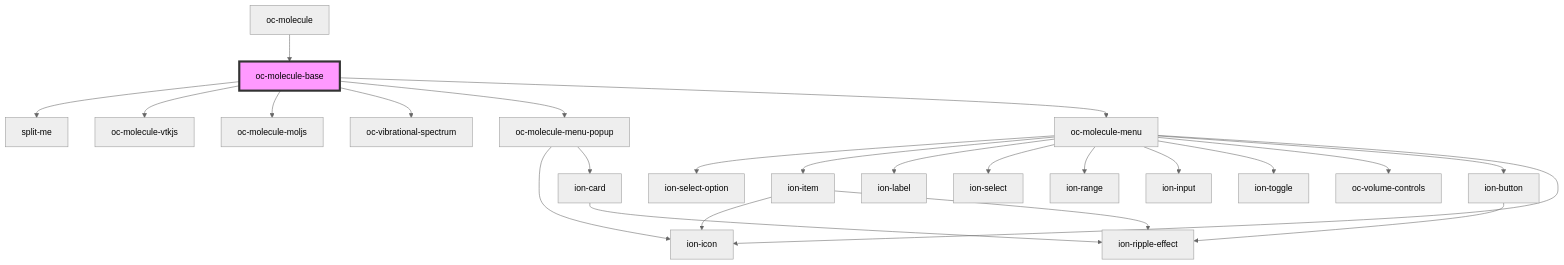
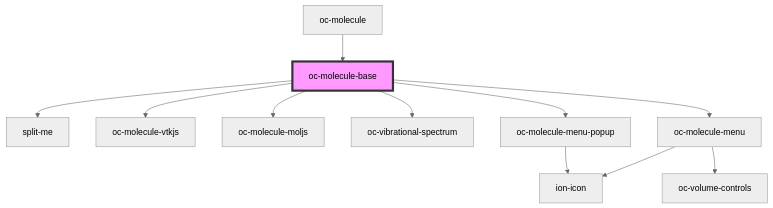
Before and after one commit to OpenChemistry/oc-web-components: the diagram in packages/molecule/src/components/molecule/readme.md, drawn with Mermaid (neutral theme). The commit also changed 17 other files, not shown here.

````diff
--- a/packages/molecule/src/components/molecule/readme.md
+++ b/packages/molecule/src/components/molecule/readme.md
@@ -78,27 +78,14 @@
 ```mermaid
 graph TD;
   oc-molecule-base --> split-me
   oc-molecule-base --> oc-molecule-vtkjs
   oc-molecule-base --> oc-molecule-moljs
   oc-molecule-base --> oc-vibrational-spectrum
   oc-molecule-base --> oc-molecule-menu-popup
   oc-molecule-base --> oc-molecule-menu
   oc-molecule-menu-popup --> ion-icon
-  oc-molecule-menu-popup --> ion-card
-  ion-card --> ion-ripple-effect
-  oc-molecule-menu --> ion-select-option
-  oc-molecule-menu --> ion-item
-  oc-molecule-menu --> ion-label
-  oc-molecule-menu --> ion-select
-  oc-molecule-menu --> ion-range
-  oc-molecule-menu --> ion-input
-  oc-molecule-menu --> ion-toggle
   oc-molecule-menu --> oc-volume-controls
-  oc-molecule-menu --> ion-button
   oc-molecule-menu --> ion-icon
-  ion-item --> ion-icon
-  ion-item --> ion-ripple-effect
-  ion-button --> ion-ripple-effect
   oc-molecule --> oc-molecule-base
   style oc-molecule-base fill:#f9f,stroke:#333,stroke-width:4px
 ```
````
